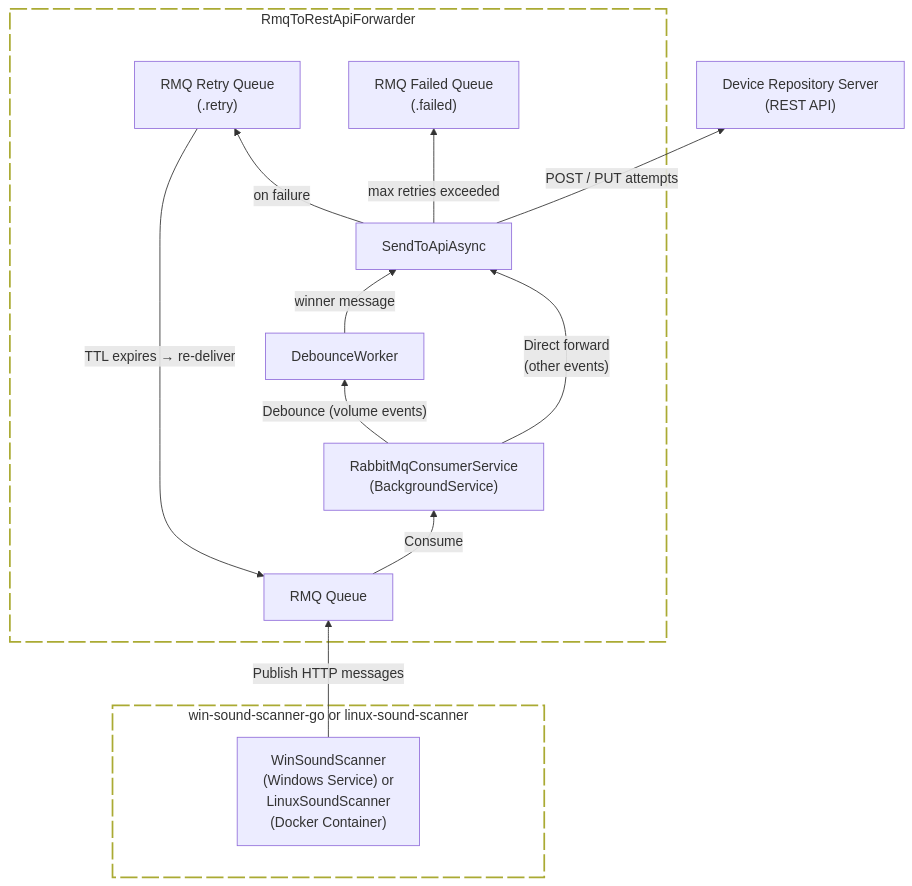
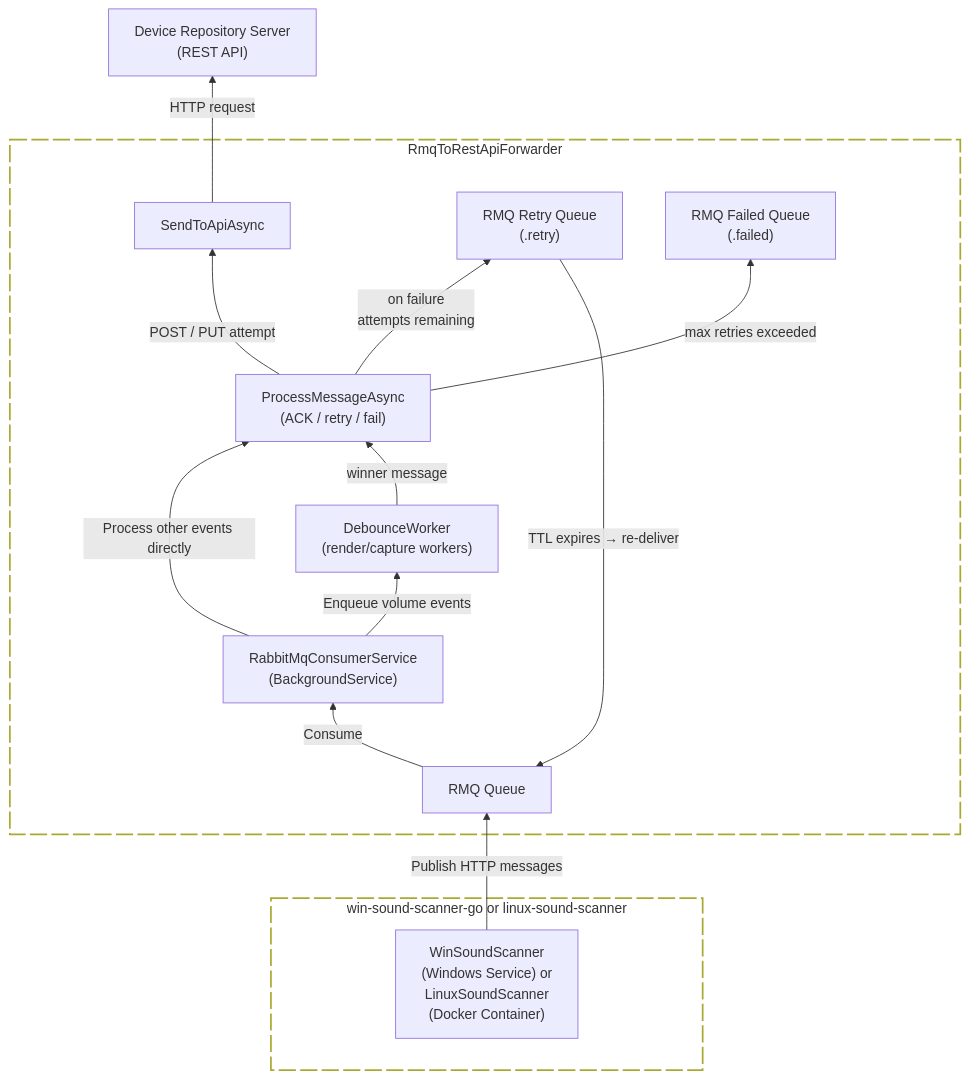
The second of 2 diagrams in README.md (collect-sound-devices/rmq-to-rest-api-forwarder), drawn with Mermaid before and after one commit. The commit also changed other lines of this file, not shown here.

Commit message:
Message processing diagram updated

````diff
--- a/README.md
+++ b/README.md
@@ -82,46 +82,48 @@
 ```mermaid
 flowchart BT
 
 classDef invisibleNode fill:transparent,stroke:transparent;
 classDef dottedBox fill:transparent,fill-opacity:0.55, stroke-dasharray:20 5,stroke-width:2px;
 
 subgraph scannerService["win-sound-scanner-go or linux-sound-scanner"]
     invisible1["<br><br><br><br><br>"]
     class invisible1 invisibleNode
     A["WinSoundScanner<br>(Windows Service) or<br>LinuxSoundScanner<br>(Docker Container)"]
     invisible2["<br><br><br><br><br>"]
     class invisible2 invisibleNode
 end
 class scannerService dottedBox
 
 
 subgraph forwarder["RmqToRestApiForwarder"]
     invisible3["<br><br><br><br><br>"]
     class invisible3 invisibleNode
     B["RMQ Queue"]
     C["RabbitMqConsumerService<br>(BackgroundService)"]
-    D["DebounceWorker"]
+    D["DebounceWorker<br>(render/capture workers)"]
+    F["ProcessMessageAsync<br>(ACK / retry / fail)"]
     E["SendToApiAsync"]
     G["RMQ Retry Queue<br>(.retry)"]
     H["RMQ Failed Queue<br>(.failed)"]
 
     invisible4["<br><br><br><br><br>"]
     class invisible4 invisibleNode
 end
 class forwarder dottedBox
 
 
 deviceRepositoryApi["Device Repository Server<br>(REST API)"]
 
     A -->|"Publish HTTP messages"| B
     B -->|"Consume"| C
-    C -->|"Debounce (volume events)"| D
-    C -->|"Direct forward<br>(other events)"| E
-    D -->|"winner message"| E
-    E -->|"POST / PUT attempts"| deviceRepositoryApi
+    C -->|"Enqueue volume events"| D
+    C -->|"Process other events directly"| F
+    D -->|"winner message"| F
+    F -->|"POST / PUT attempt"| E
+    E -->|"HTTP request"| deviceRepositoryApi
 
 
-    E -->|"on failure"| G
+    F -->|"on failure<br>attempts remaining"| G
     G -->|"TTL expires → re-deliver"| B
-    E -->|"max retries exceeded"| H
+    F -->|"max retries exceeded"| H
 ```
````
